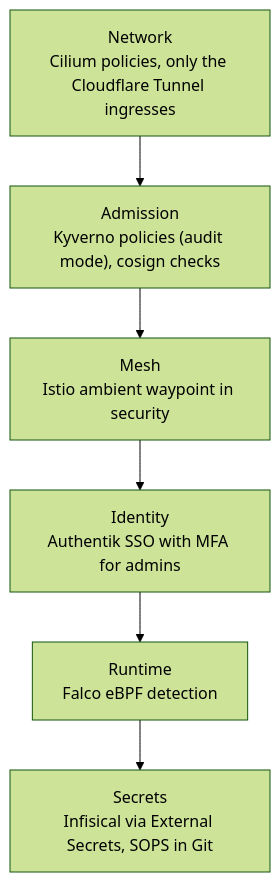
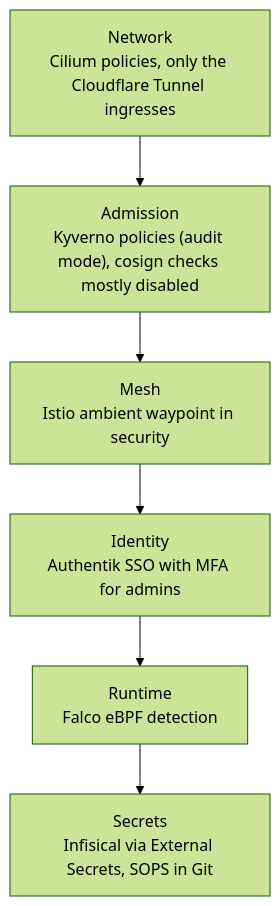
One commit to Darkflame72/home-ops changed the diagram in docs/security.md. Above: the diagram before and after it, drawn with Mermaid (forest theme). The commit also changed other lines of this file and 1 other file, not shown here.

First line of the commit message:
docs: correct Kyverno signature and Cilium policy coverage

````diff
--- a/docs/security.md
+++ b/docs/security.md
@@ -8,8 +8,8 @@
 ```mermaid
 flowchart TB
-    NET["Network<br/>Cilium policies, only the Cloudflare Tunnel ingresses"] --> ADM["Admission<br/>Kyverno policies (audit mode), cosign checks"]
+    NET["Network<br/>Cilium policies, only the Cloudflare Tunnel ingresses"] --> ADM["Admission<br/>Kyverno policies (audit mode), cosign checks mostly disabled"]
     ADM --> MESH["Mesh<br/>Istio ambient waypoint in security"]
     MESH --> ID["Identity<br/>Authentik SSO with MFA for admins"]
     ID --> RUN["Runtime<br/>Falco eBPF detection"]
     RUN --> SEC["Secrets<br/>Infisical via External Secrets, SOPS in Git"]
 ```
````
